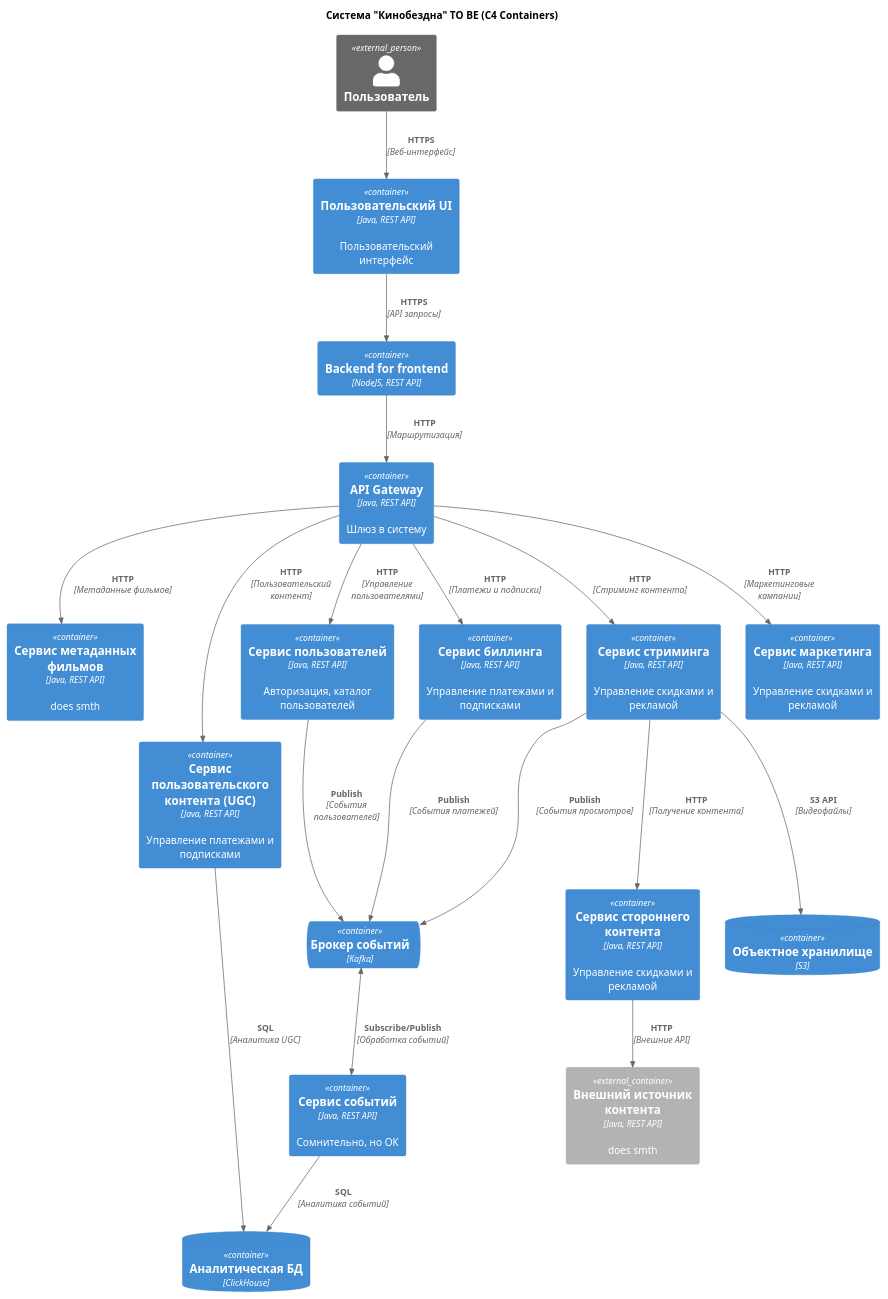
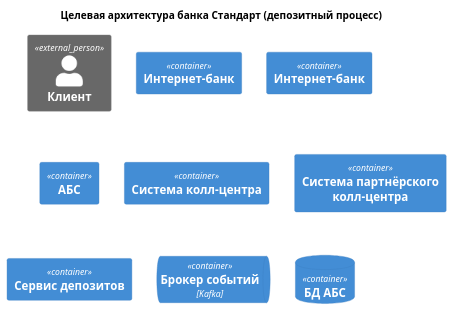
Before and after one commit to MorKaragh/architecture-pro-standart: the diagram in Task3/C4_diagrams/C4_Containers.puml, drawn with PlantUML.

```diff
--- a/Task3/C4_diagrams/C4_Containers.puml
+++ b/Task3/C4_diagrams/C4_Containers.puml
@@ -1,51 +1,46 @@
-@startuml cinemaabyss containers diagram
+@startuml standart bank deposit process
 !include assets/C4_templates/C4_Container.puml
 
-title Система "Кинобездна" TO BE (C4 Containers)
+title Целевая архитектура банка Стандарт (депозитный процесс)
 
-Person_Ext(user, "Пользователь", "")
-Container_Ext(external_source, "Внешний источник контента", "Java, REST API", "does smth")
+Person_Ext(user, "Клиент", "")
 
-Container(metadata_srv, "Сервис метаданных фильмов", "Java, REST API", "does smth")
-Container(user_srv, "Сервис пользователей", "Java, REST API", "Авторизация, каталог пользователей")
-Container(billing_srv, "Сервис биллинга", "Java, REST API", "Управление платежами и подписками")
-Container(ugc_srv, "Сервис пользовательского контента (UGC)", "Java, REST API", "Управление платежами и подписками")
-Container(marketing_srv, "Сервис маркетинга", "Java, REST API", "Управление скидками и рекламой")
-Container(streaming_srv, "Сервис стриминга", "Java, REST API", "Управление скидками и рекламой")
-Container(content_srv, "Сервис стороннего контента", "Java, REST API", "Управление скидками и рекламой")
-Container(event_srv, "Сервис событий", "Java, REST API", "Сомнительно, но ОК")
-Container(gateway, "API Gateway","Java, REST API", "Шлюз в систему")
-Container(bff, "Backend for frontend","NodeJS, REST API", "")
-Container(gui, "Пользовательский UI","Java, REST API", "Пользовательский интерфейс")
+Container(internet_bank, "Интернет-банк", "", "")
+Container(site, "Интернет-банк", "", "")
+Container(abs, "АБС", "", "")
+Container(call_center, "Система колл-центра", "", "")
+Container(call_center_partner, "Система партнёрского колл-центра", "", "")
+Container(deposit_service, "Сервис депозитов", "", "")
+
+
 
 ContainerQueue(eventq, "Брокер событий", "Kafka")
-ContainerDb(S3, "Объектное хранилище", "S3")
-ContainerDb(clickhouse, "Аналитическая БД", "ClickHouse")
+ContainerDb(abs_db, "БД АБС", "")
 
 
 ' === СВЯЗИ ===
 
-Rel(user, gui, "HTTPS", "Веб-интерфейс")
-Rel(gui, bff, "HTTPS", "API запросы")
-Rel(bff, gateway, "HTTP", "Маршрутизация")
-Rel(gateway, user_srv, "HTTP", "Управление пользователями")
-Rel(gateway, streaming_srv, "HTTP", "Стриминг контента")
-Rel(gateway, metadata_srv, "HTTP", "Метаданные фильмов")
-Rel(gateway, billing_srv, "HTTP", "Платежи и подписки")
-Rel(gateway, marketing_srv, "HTTP", "Маркетинговые кампании")
-Rel(gateway, ugc_srv, "HTTP", "Пользовательский контент")
+' Rel(user, gui, "HTTPS", "Веб-интерфейс")
+' Rel(gui, bff, "HTTPS", "API запросы")
+' Rel(bff, gateway, "HTTP", "Маршрутизация")
+' Rel(gateway, user_srv, "HTTP", "Управление пользователями")
+' Rel(gateway, streaming_srv, "HTTP", "Стриминг контента")
+' Rel(gateway, metadata_srv, "HTTP", "Метаданные фильмов")
+' Rel(gateway, billing_srv, "HTTP", "Платежи и подписки")
+' Rel(gateway, marketing_srv, "HTTP", "Маркетинговые кампании")
+' Rel(gateway, ugc_srv, "HTTP", "Пользовательский контент")
 
-Rel(user_srv, eventq, "Publish", "События пользователей")
-Rel(streaming_srv, eventq, "Publish", "События просмотров")
-Rel(billing_srv, eventq, "Publish", "События платежей")
-BiRel(eventq, event_srv, "Subscribe/Publish", "Обработка событий")
+' Rel(user_srv, eventq, "Publish", "События пользователей")
+' Rel(streaming_srv, eventq, "Publish", "События просмотров")
+' Rel(billing_srv, eventq, "Publish", "События платежей")
+' BiRel(eventq, event_srv, "Subscribe/Publish", "Обработка событий")
 
-Rel(ugc_srv, clickhouse, "SQL", "Аналитика UGC")
-Rel(event_srv, clickhouse, "SQL", "Аналитика событий")
+' Rel(ugc_srv, clickhouse, "SQL", "Аналитика UGC")
+' Rel(event_srv, clickhouse, "SQL", "Аналитика событий")
 
-Rel(streaming_srv, S3, "S3 API", "Видеофайлы")
-Rel(streaming_srv, content_srv, "HTTP", "Получение контента")
+' Rel(streaming_srv, S3, "S3 API", "Видеофайлы")
+' Rel(streaming_srv, content_srv, "HTTP", "Получение контента")
 
-Rel(content_srv, external_source, "HTTP", "Внешние API")
+' Rel(content_srv, external_source, "HTTP", "Внешние API")
 
 @enduml
```
